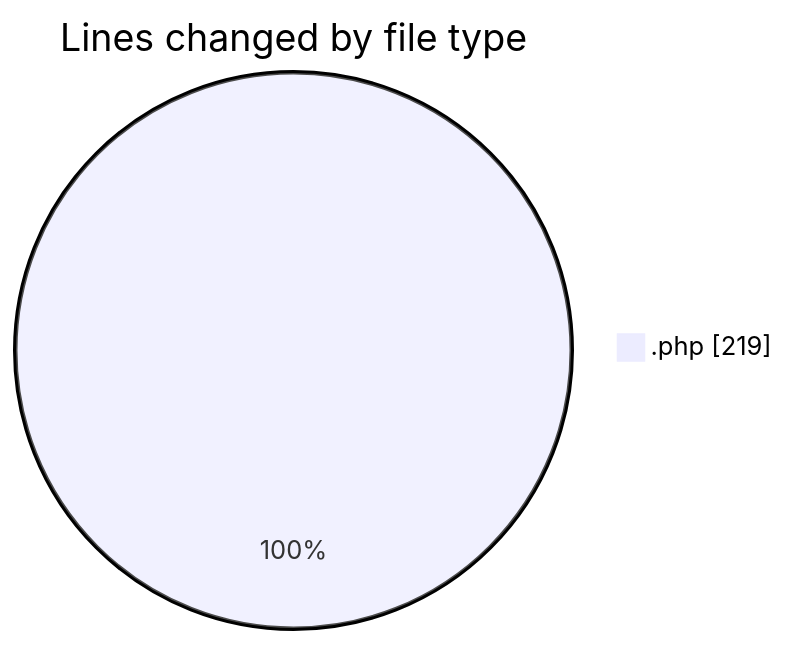
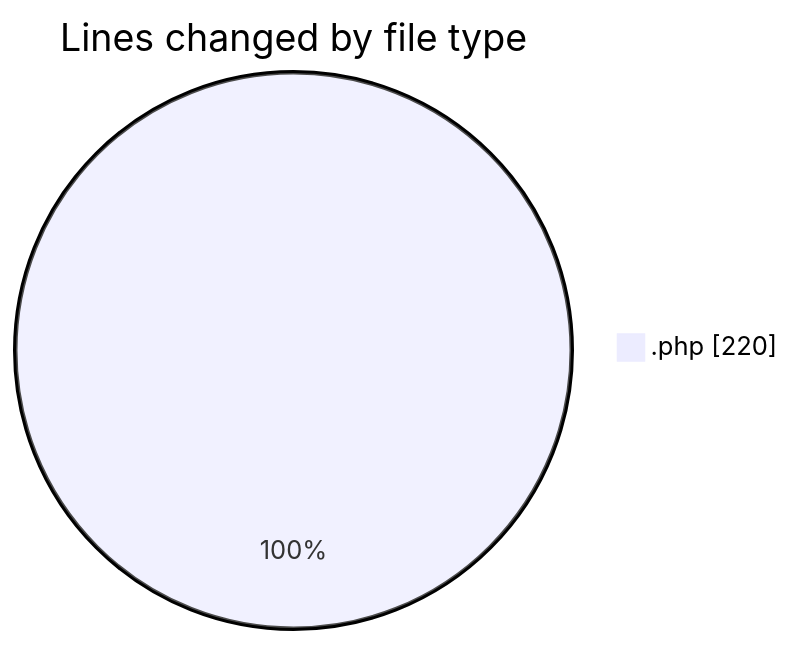
Before and after one commit to LanceThiago/code-tracking: the first of 2 diagrams in 2025-09-25/web/README.md, drawn with Mermaid. The commit also changed other lines of this file and 1 other file, not shown here.

````diff
--- a/2025-09-25/web/README.md
+++ b/2025-09-25/web/README.md
@@ -20,5 +20,5 @@
 ```mermaid
 pie showData
 title Lines changed by file type
-".php" : 219
+".php" : 220
 ```
````
